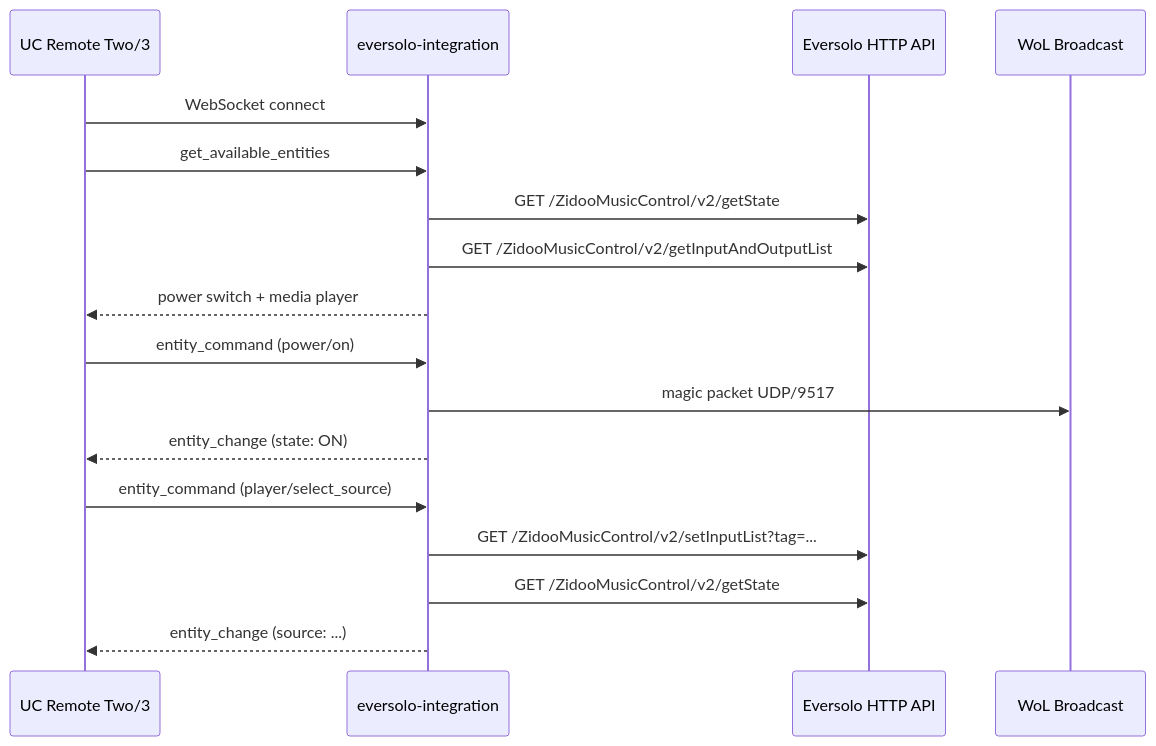
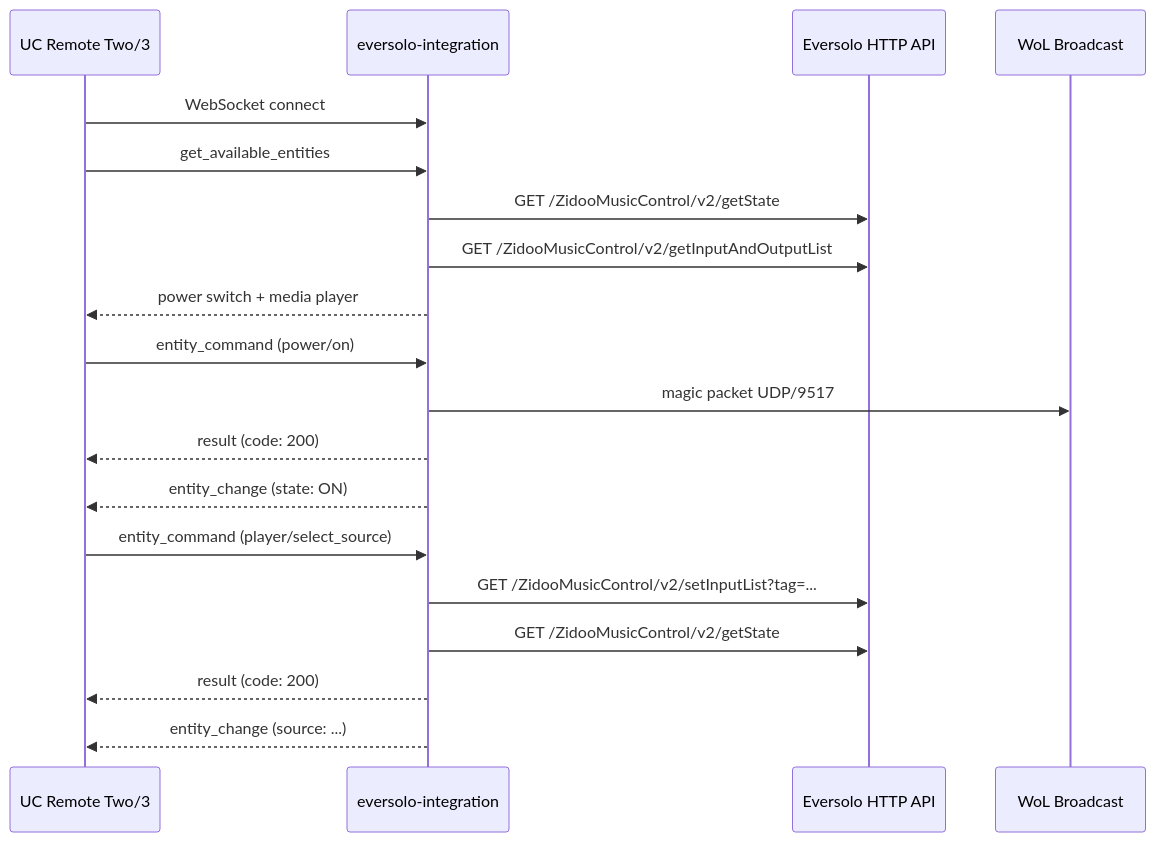
The diagram in homelab/eversolo-integration/README.md (yankeeinlondon/rusty-biscuit), drawn with Mermaid before and after one commit. The commit also changed other lines of this file and 36 other files, not shown here.

````diff
--- a/homelab/eversolo-integration/README.md
+++ b/homelab/eversolo-integration/README.md
@@ -34,22 +34,24 @@
 ```mermaid
 sequenceDiagram
     participant R as UC Remote Two/3
     participant I as eversolo-integration
     participant E as Eversolo HTTP API
     participant W as WoL Broadcast
 
     R->>I: WebSocket connect
     R->>I: get_available_entities
     I->>E: GET /ZidooMusicControl/v2/getState
     I->>E: GET /ZidooMusicControl/v2/getInputAndOutputList
     I-->>R: power switch + media player
 
     R->>I: entity_command (power/on)
     I->>W: magic packet UDP/9517
+    I-->>R: result (code: 200)
     I-->>R: entity_change (state: ON)
 
     R->>I: entity_command (player/select_source)
     I->>E: GET /ZidooMusicControl/v2/setInputList?tag=...
     I->>E: GET /ZidooMusicControl/v2/getState
+    I-->>R: result (code: 200)
     I-->>R: entity_change (source: ...)
 ```
````
